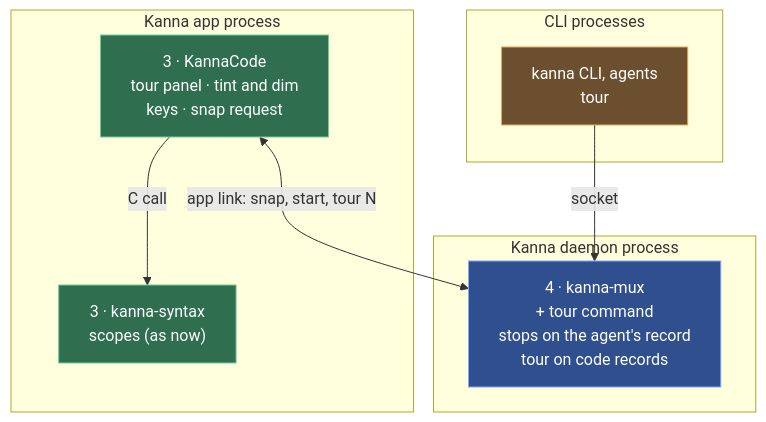
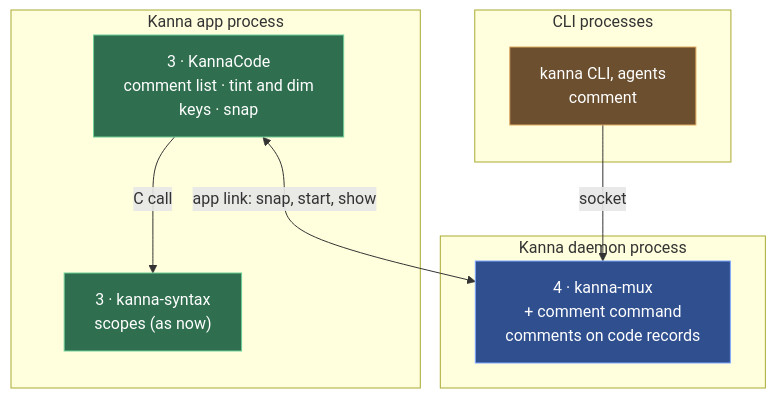
One commit to jemdiggity/kanna-v4 changed the second of 2 diagrams in docs/specs/code-tour.md. Above: the diagram before and after it, drawn with Mermaid. The commit also changed other lines of this file and 5 other files, not shown here.

Commit message:
Code tour: no stops and no tour command, just kanna comment FILE:LINE "text"; each code tab lists its file's comments, the newest shown and the rest folded; comments live on the code pane's record

````diff
--- a/docs/specs/code-tour.md
+++ b/docs/specs/code-tour.md
@@ -95,22 +91,22 @@
 ```mermaid
 flowchart TB
     subgraph CLIP["CLI processes"]
-        CLI["kanna CLI, agents<br/>tour"]
+        CLI["kanna CLI, agents<br/>comment"]
     end
     subgraph APP["Kanna app process"]
-        L3["3 · KannaCode<br/>tour panel · tint and dim<br/>keys · snap request"]
+        L3["3 · KannaCode<br/>comment list · tint and dim<br/>keys · snap"]
         L3S["3 · kanna-syntax<br/>scopes (as now)"]
         L3 -->|"C call"| L3S
     end
     subgraph DAEMON["Kanna daemon process"]
-        L4["4 · kanna-mux<br/>+ tour command<br/>stops on the agent's record<br/>tour on code records"]
+        L4["4 · kanna-mux<br/>+ comment command<br/>comments on code records"]
     end
     CLI -->|"socket"| L4
-    L3 <-->|"app link: snap, start, tour N"| L4
+    L3 <-->|"app link: snap, start, show"| L4
     classDef kanna fill:#2f6f4f,stroke:#6fcf97,color:#ffffff
     classDef kmux fill:#2f4f8f,stroke:#7fa7ff,color:#ffffff
     classDef client fill:#6b4f2f,stroke:#e0a960,color:#ffffff
     class L3,L3S kanna
     class L4 kmux
     class CLI client
 ```
````
